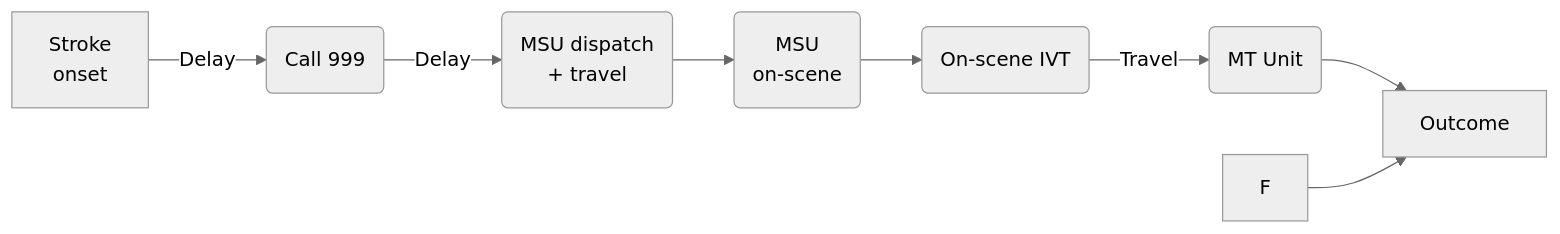
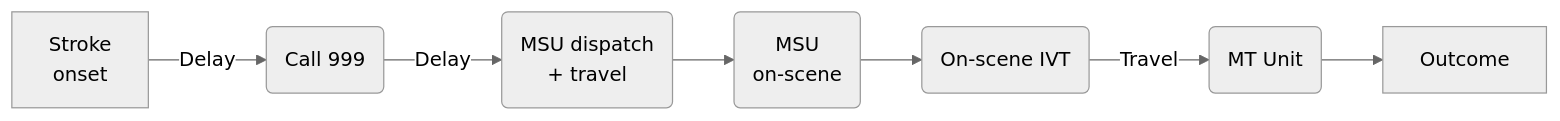
Before and after one commit to stroke-modelling/muster2: the fourth of 4 diagrams in README.md, drawn with Mermaid (neutral theme). The commit also changed other lines of this file, not shown here.

````diff
--- a/README.md
+++ b/README.md
@@ -53,10 +52,9 @@
 ```mermaid
 flowchart LR
     A[Stroke\nonset] --> |Delay| B(Call 999)
     B --> |Delay| C(MSU dispatch\n+ travel)
     C --> D(MSU\non-scene)
     D --> E(On-scene IVT)
     E --> |Travel| G(MT Unit)
     G --> H[Outcome]
-    F --> H
 ```
````
